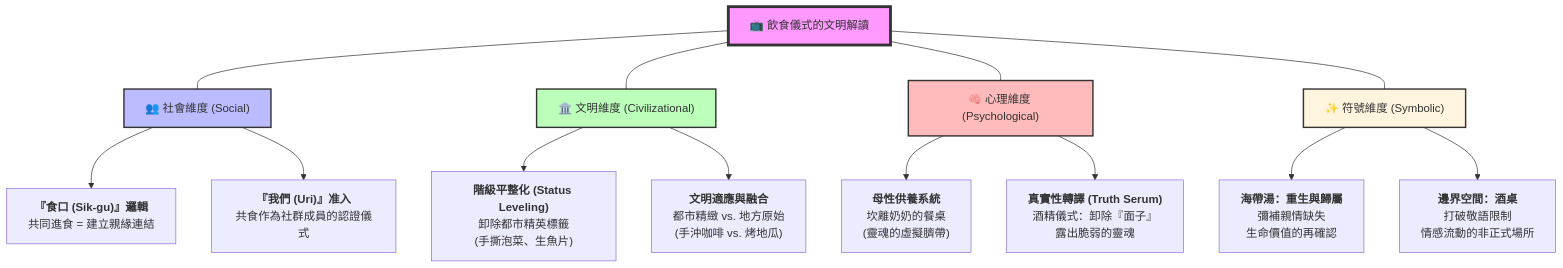
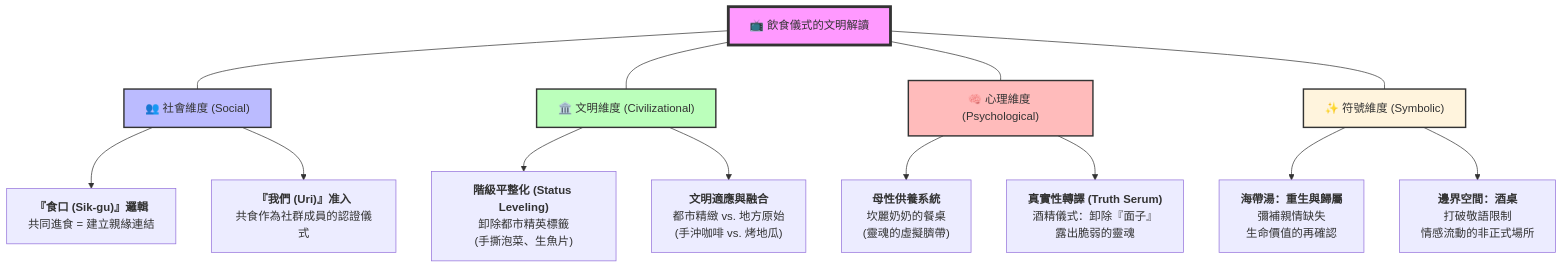
The diagram in Decoded_Analyses/HometownChaChaCha_Decoded.md (wuulong/KDrama_Decoding), drawn with Mermaid before and after one commit. The commit also changed other lines of this file and 3 other files, not shown here.

````diff
--- a/Decoded_Analyses/HometownChaChaCha_Decoded.md
+++ b/Decoded_Analyses/HometownChaChaCha_Decoded.md
@@ -16,31 +19,31 @@
 ```mermaid
 graph TD
     %% 核心概念
     Root["📺 飲食儀式的文明解讀"] --- Social["👥 社會維度 (Social)"]
     Root --- Civil["🏛️ 文明維度 (Civilizational)"]
     Root --- Psych["🧠 心理維度 (Psychological)"]
     Root --- Symbol["✨ 符號維度 (Symbolic)"]
 
     %% 社會維度子節點
     Social --> Sikgu["<b>『食口 (Sik-gu)』邏輯</b><br/>共同進食 = 建立親緣連結"]
     Social --> Uri["<b>『我們 (Uri)』准入</b><br/>共食作為社群成員的認證儀式"]
 
     %% 文明維度子節點
     Civil --> Leveling["<b>階級平整化 (Status Leveling)</b><br/>卸除都市精英標籤<br/>(手撕泡菜、生魚片)"]
     Civil --> Adaptation["<b>文明適應與融合</b><br/>都市精緻 vs. 地方原始<br/>(手沖咖啡 vs. 烤地瓜)"]
 
     %% 心理維度子節點
-    Psych --> Motherhood["<b>母性供養系統</b><br/>坎離奶奶的餐桌<br/>(靈魂的虛擬臍帶)"]
+    Psych --> Motherhood["<b>母性供養系統</b><br/>坎麗奶奶的餐桌<br/>(靈魂的虛擬臍帶)"]
     Psych --> Transparency["<b>真實性轉譯 (Truth Serum)</b><br/>酒精儀式：卸除『面子』<br/>露出脆弱的靈魂"]
 
     %% 符號維度子節點
     Symbol --> Rebirth["<b>海帶湯：重生與歸屬</b><br/>彌補親情缺失<br/>生命價值的再確認"]
     Symbol --> Border["<b>邊界空間：酒桌</b><br/>打破敬語限制<br/>情感流動的非正式場所"]
 
     %% 樣式設定
     style Root fill:#f9f,stroke:#333,stroke-width:4px
     style Social fill:#bbf,stroke:#333,stroke-width:2px
     style Civil fill:#bfb,stroke:#333,stroke-width:2px
     style Psych fill:#fbb,stroke:#333,stroke-width:2px
     style Symbol fill:#fff4dd,stroke:#333,stroke-width:2px
 ```
````
